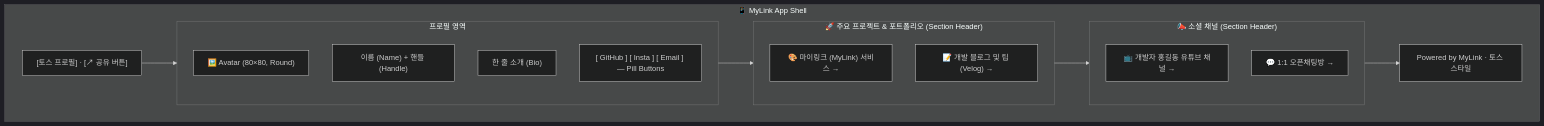
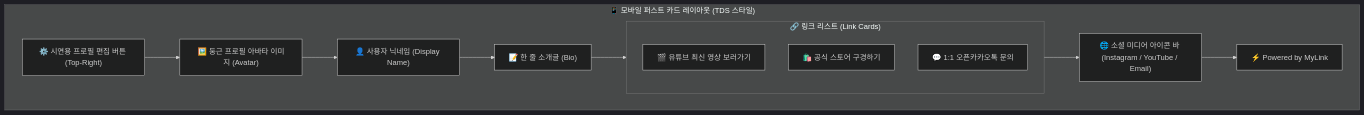
Before and after one commit to junseok1028/mylink: the second of 2 diagrams in docs/PRD.md, drawn with Mermaid (dark theme). The commit also changed other lines of this file and 6 other files, not shown here.

````diff
--- a/docs/PRD.md
+++ b/docs/PRD.md
@@ -87,30 +69,25 @@
 ```mermaid
 flowchart TD
-    subgraph Shell["📱 MyLink App Shell"]
-        TopBar["[토스 프로필]  ·  [↗ 공유 버튼]"]
-
-        subgraph Profile["프로필 영역"]
-            Avatar["🖼️ Avatar (80×80, Round)"]
-            NameHandle["이름 (Name) + 핸들 (Handle)"]
-            Bio["한 줄 소개 (Bio)"]
-            SocialBadges["[ GitHub ] [ Insta ] [ Email ] — Pill Buttons"]
+    subgraph MobileContainer["📱 모바일 퍼스트 카드 레이아웃 (TDS 스타일)"]
+        TopNav["⚙️ 시연용 프로필 편집 버튼 (Top-Right)"]
+        Avatar["🖼️ 둥근 프로필 아바타 이미지 (Avatar)"]
+        Title["👤 사용자 닉네임 (Display Name)"]
+        Bio["📝 한 줄 소개글 (Bio)"]
+        
+        subgraph LinkCards["🔗 링크 리스트 (Link Cards)"]
+            Link1["🎬 유튜브 최신 영상 보러가기"]
+            Link2["🛍️ 공식 스토어 구경하기"]
+            Link3["💬 1:1 오픈카카오톡 문의"]
         end
-
-        subgraph Section1["🚀 주요 프로젝트 & 포트폴리오 (Section Header)"]
-            Link1["🎨 마이링크 (MyLink) 서비스 →"]
-            Link2["📝 개발 블로그 및 팁 (Velog) →"]
-        end
-
-        subgraph Section2["📣 소셜 채널 (Section Header)"]
-            Link3["📺 개발자 홍길동 유튜브 채널 →"]
-            Link4["💬 1:1 오픈채팅방 →"]
-        end
-
-        Footer["Powered by MyLink · 토스 스타일"]
+        
+        Socials["🌐 소셜 미디어 아이콘 바 (Instagram / YouTube / Email)"]
+        Footer["⚡ Powered by MyLink"]
     end
 
-    TopBar --> Profile
-    Profile --> Section1
-    Section1 --> Section2
-    Section2 --> Footer
+    TopNav --> Avatar
+    Avatar --> Title
+    Title --> Bio
+    Bio --> LinkCards
+    LinkCards --> Socials
+    Socials --> Footer
 ```
````
